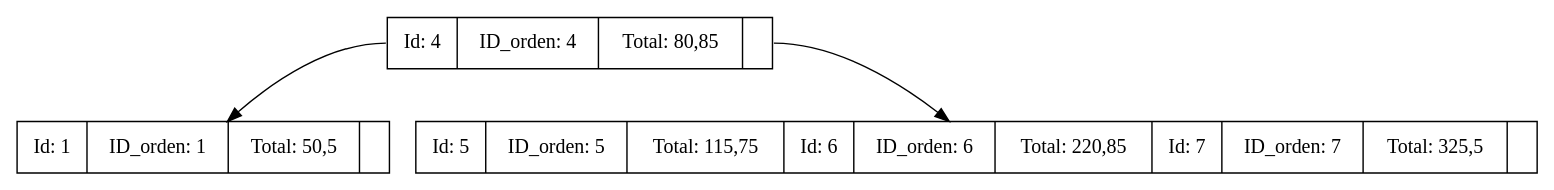
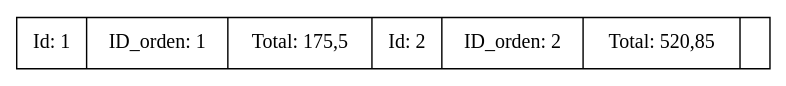
The diagram in Fase#2/Reportes/ListaFacturaB5.dot (Farot30/-EDD-1S2025_202307820), drawn with Graphviz before and after one commit. The commit also changed 25 other files, not shown here.

```diff
--- a/Fase#2/Reportes/ListaFacturaB5.dot
+++ b/Fase#2/Reportes/ListaFacturaB5.dot
@@ -1,8 +1,4 @@
 digraph BTree {
     node [shape=record];
-node0 [label="<f0> Id: 4|ID_orden: 4|Total: 80,85|<f1>"];
-node1 [label="<f0> Id: 1|ID_orden: 1|Total: 50,5|<f1>"];
-    node0:f0 -> node1;
-node2 [label="<f0> Id: 5|ID_orden: 5|Total: 115,75|<f1> Id: 6|ID_orden: 6|Total: 220,85|<f2> Id: 7|ID_orden: 7|Total: 325,5|<f3>"];
-    node0:f1 -> node2;
+node0 [label="<f0> Id: 1|ID_orden: 1|Total: 175,5|<f1> Id: 2|ID_orden: 2|Total: 520,85|<f2>"];
 }
```
